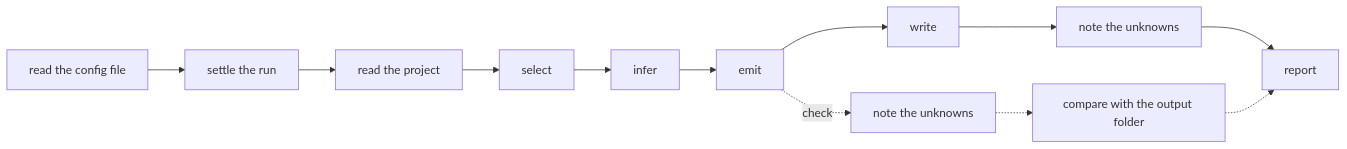
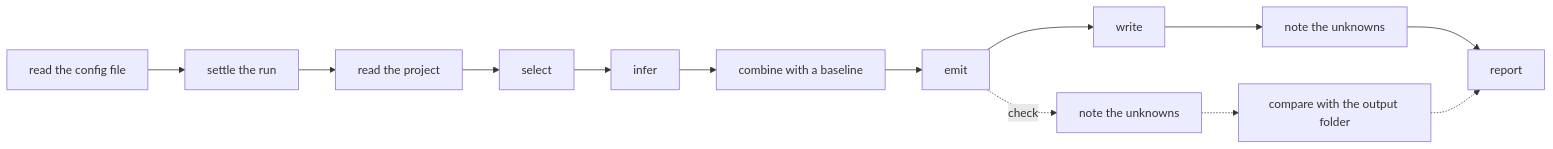
One commit to haruspex-tools/haruspex changed the diagram in docs/internals/12-from-input-to-output.md. Above: the diagram before and after it, drawn with Mermaid. The commit also changed other lines of this file and 14 other files, not shown here.

````diff
--- a/docs/internals/12-from-input-to-output.md
+++ b/docs/internals/12-from-input-to-output.md
@@ -16,14 +16,15 @@
 ```mermaid
 flowchart LR
     config["read the config file"] --> settle["settle the run"]
     settle --> project["read the project"]
     project --> select["select"]
     select --> infer["infer"]
-    infer --> emit["emit"]
+    infer --> combine["combine with a baseline"]
+    combine --> emit["emit"]
     emit --> write["write"]
     write --> noted["note the unknowns"]
     noted --> report["report"]
     emit -. "check" .-> checkNoted["note the unknowns"]
     checkNoted -.-> compare["compare with the output folder"]
     compare -.-> report
 ```
````
